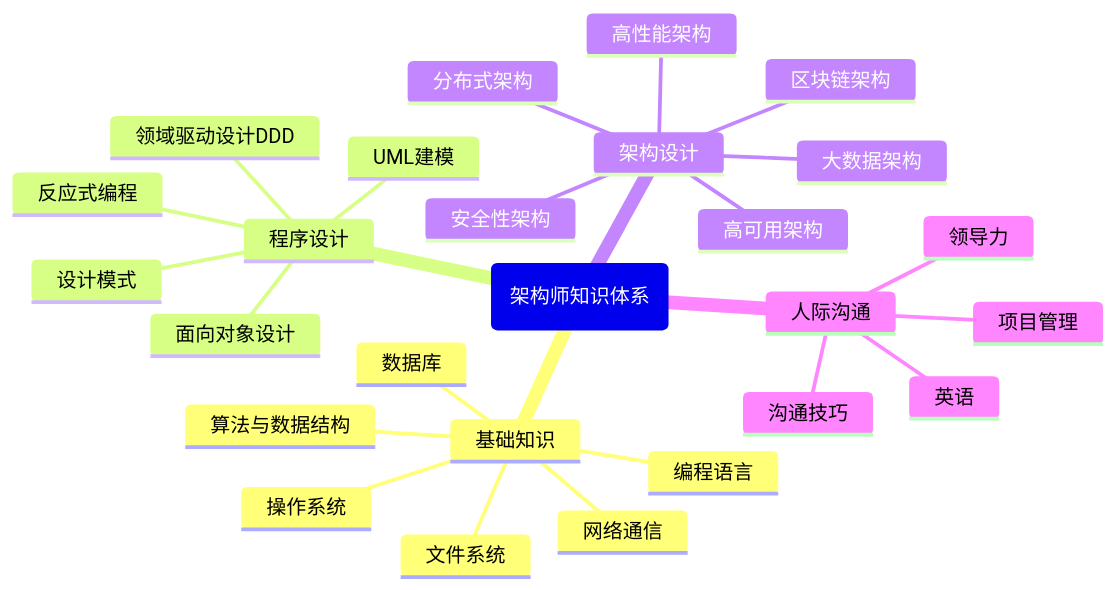
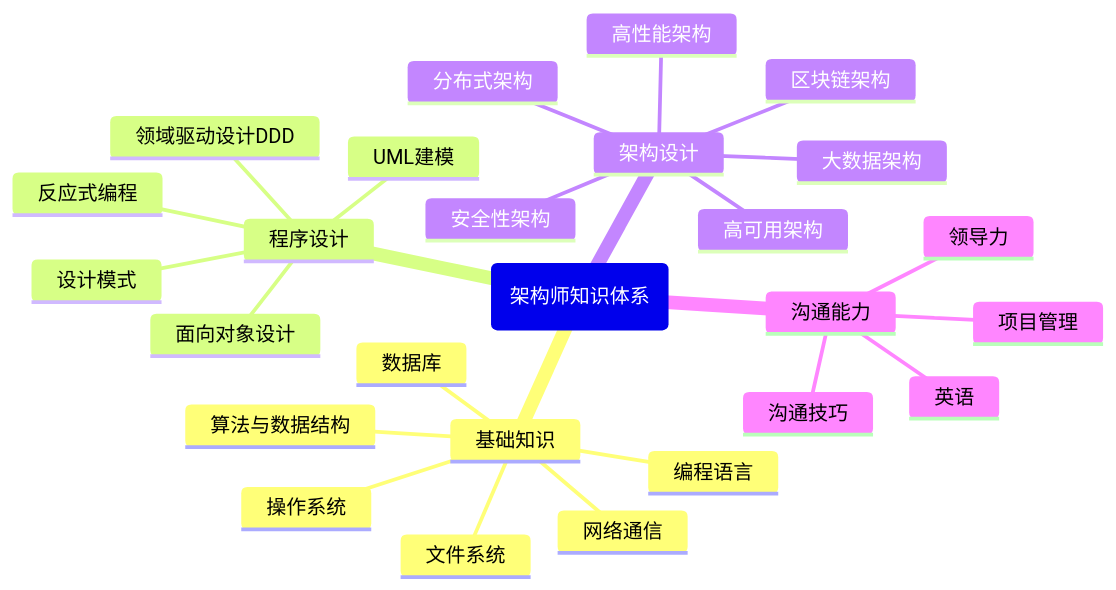
Before and after one commit to wallace-lai/learning-notes: the diagram in source/Unfiled/architect-roadmap.md, drawn with Mermaid. The commit also changed 5 other files, not shown here.

````diff
--- a/source/Unfiled/architect-roadmap.md
+++ b/source/Unfiled/architect-roadmap.md
@@ -9,34 +9,34 @@
 ```{mermaid}
 
 mindmap
     root(架构师知识体系)
         基础知识
         ::icon(fa fa-book)
             操作系统
             算法与数据结构
             编程语言
             网络通信
             文件系统
             数据库
         程序设计
         ::icon(fa fa-bookmark)
             UML建模
             面向对象设计
             设计模式
             反应式编程
             领域驱动设计DDD
         架构设计
         ::icon(fa fa-sitemap)
             高可用架构
             高性能架构
             安全性架构
             大数据架构
             区块链架构
             分布式架构
-        人际沟通
+        沟通能力
         ::icon(fa fa-heart)
             英语
             领导力
             沟通技巧
             项目管理
 ```
````
